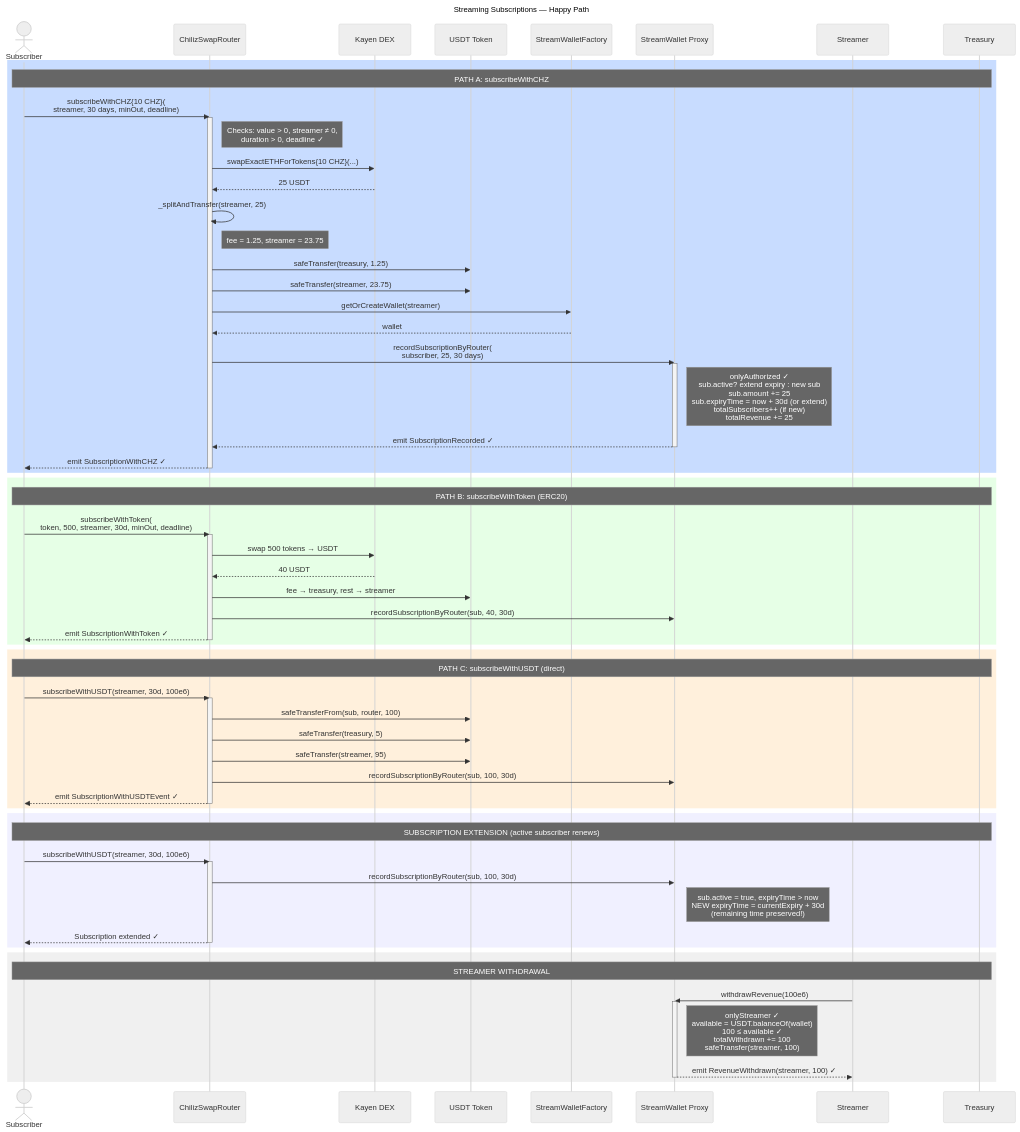
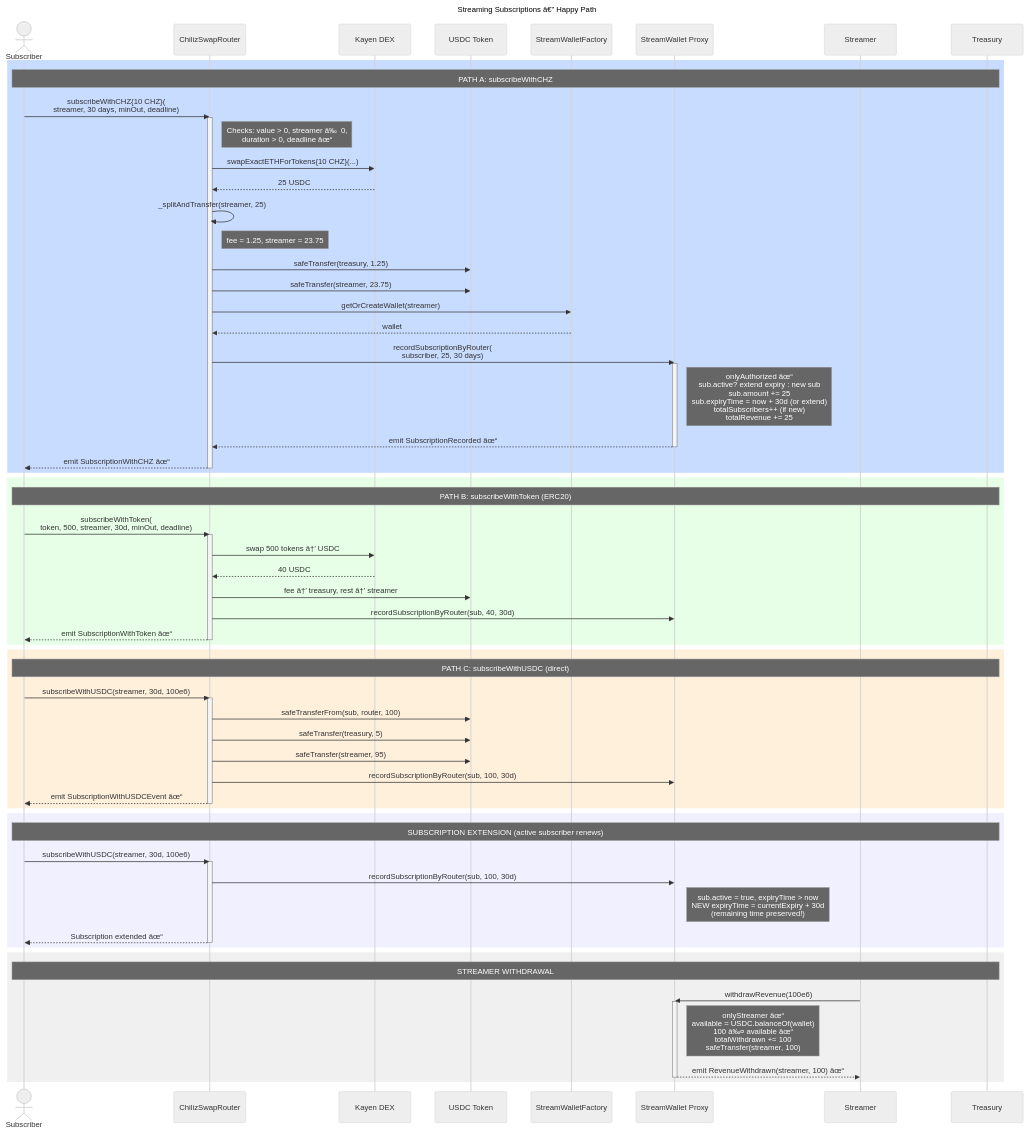
One commit to ChilizTV/smart-contracts changed the sixth of 8 diagrams in SEQUENCE_DIAGRAMS.md. Above: the diagram before and after it, drawn with Mermaid (neutral theme). The commit also changed other lines of this file and 1 other file, not shown here.

````diff
--- a/SEQUENCE_DIAGRAMS.md
+++ b/SEQUENCE_DIAGRAMS.md
@@ -562,12 +562,12 @@
 ```mermaid
 sequenceDiagram
-    title Streaming Subscriptions — Happy Path
+    title Streaming Subscriptions â€” Happy Path
 
     actor Sub as Subscriber
     
     participant SwapRouter as ChilizSwapRouter
     participant Kayen as Kayen DEX
-    participant USDT as USDT Token
+    participant USDC as USDC Token
     participant SWFactory as StreamWalletFactory
     participant Wallet as StreamWallet Proxy
     participant Streamer as Streamer
@@ -578,27 +578,27 @@
 
         Sub->>SwapRouter: subscribeWithCHZ{10 CHZ}(<br/>  streamer, 30 days, minOut, deadline)
         activate SwapRouter
-        Note right of SwapRouter: Checks: value > 0, streamer ≠ 0,<br/>duration > 0, deadline ✓
+        Note right of SwapRouter: Checks: value > 0, streamer â‰  0,<br/>duration > 0, deadline âœ“
 
         SwapRouter->>Kayen: swapExactETHForTokens{10 CHZ}(...)
-        Kayen-->>SwapRouter: 25 USDT
+        Kayen-->>SwapRouter: 25 USDC
 
         SwapRouter->>SwapRouter: _splitAndTransfer(streamer, 25)
         Note right of SwapRouter: fee = 1.25, streamer = 23.75
 
-        SwapRouter->>USDT: safeTransfer(treasury, 1.25)
-        SwapRouter->>USDT: safeTransfer(streamer, 23.75)
+        SwapRouter->>USDC: safeTransfer(treasury, 1.25)
+        SwapRouter->>USDC: safeTransfer(streamer, 23.75)
 
         SwapRouter->>SWFactory: getOrCreateWallet(streamer)
         SWFactory-->>SwapRouter: wallet
 
         SwapRouter->>Wallet: recordSubscriptionByRouter(<br/>  subscriber, 25, 30 days)
         activate Wallet
-        Note right of Wallet: onlyAuthorized ✓<br/>sub.active? extend expiry : new sub<br/>sub.amount += 25<br/>sub.expiryTime = now + 30d (or extend)<br/>totalSubscribers++ (if new)<br/>totalRevenue += 25
-        Wallet-->>SwapRouter: emit SubscriptionRecorded ✓
+        Note right of Wallet: onlyAuthorized âœ“<br/>sub.active? extend expiry : new sub<br/>sub.amount += 25<br/>sub.expiryTime = now + 30d (or extend)<br/>totalSubscribers++ (if new)<br/>totalRevenue += 25
+        Wallet-->>SwapRouter: emit SubscriptionRecorded âœ“
         deactivate Wallet
 
-        SwapRouter-->>Sub: emit SubscriptionWithCHZ ✓
+        SwapRouter-->>Sub: emit SubscriptionWithCHZ âœ“
         deactivate SwapRouter
     end
 
@@ -607,35 +607,35 @@
 
         Sub->>SwapRouter: subscribeWithToken(<br/>  token, 500, streamer, 30d, minOut, deadline)
         activate SwapRouter
-        SwapRouter->>Kayen: swap 500 tokens → USDT
-        Kayen-->>SwapRouter: 40 USDT
-        SwapRouter->>USDT: fee → treasury, rest → streamer
+        SwapRouter->>Kayen: swap 500 tokens â†’ USDC
+        Kayen-->>SwapRouter: 40 USDC
+        SwapRouter->>USDC: fee â†’ treasury, rest â†’ streamer
         SwapRouter->>Wallet: recordSubscriptionByRouter(sub, 40, 30d)
-        SwapRouter-->>Sub: emit SubscriptionWithToken ✓
+        SwapRouter-->>Sub: emit SubscriptionWithToken âœ“
         deactivate SwapRouter
     end
 
     rect rgb(255, 240, 220)
-        Note over Sub,Treasury: PATH C: subscribeWithUSDT (direct)
+        Note over Sub,Treasury: PATH C: subscribeWithUSDC (direct)
 
-        Sub->>SwapRouter: subscribeWithUSDT(streamer, 30d, 100e6)
+        Sub->>SwapRouter: subscribeWithUSDC(streamer, 30d, 100e6)
         activate SwapRouter
-        SwapRouter->>USDT: safeTransferFrom(sub, router, 100)
-        SwapRouter->>USDT: safeTransfer(treasury, 5)
-        SwapRouter->>USDT: safeTransfer(streamer, 95)
+        SwapRouter->>USDC: safeTransferFrom(sub, router, 100)
+        SwapRouter->>USDC: safeTransfer(treasury, 5)
+        SwapRouter->>USDC: safeTransfer(streamer, 95)
         SwapRouter->>Wallet: recordSubscriptionByRouter(sub, 100, 30d)
-        SwapRouter-->>Sub: emit SubscriptionWithUSDTEvent ✓
+        SwapRouter-->>Sub: emit SubscriptionWithUSDCEvent âœ“
         deactivate SwapRouter
     end
 
     rect rgb(240, 240, 255)
         Note over Sub,Treasury: SUBSCRIPTION EXTENSION (active subscriber renews)
 
-        Sub->>SwapRouter: subscribeWithUSDT(streamer, 30d, 100e6)
+        Sub->>SwapRouter: subscribeWithUSDC(streamer, 30d, 100e6)
         activate SwapRouter
         SwapRouter->>Wallet: recordSubscriptionByRouter(sub, 100, 30d)
         Note right of Wallet: sub.active = true, expiryTime > now<br/>NEW expiryTime = currentExpiry + 30d<br/>(remaining time preserved!)
-        SwapRouter-->>Sub: Subscription extended ✓
+        SwapRouter-->>Sub: Subscription extended âœ“
         deactivate SwapRouter
     end
 
@@ -644,8 +644,8 @@
 
         Streamer->>Wallet: withdrawRevenue(100e6)
         activate Wallet
-        Note right of Wallet: onlyStreamer ✓<br/>available = USDT.balanceOf(wallet)<br/>100 ≤ available ✓<br/>totalWithdrawn += 100<br/>safeTransfer(streamer, 100)
-        Wallet-->>Streamer: emit RevenueWithdrawn(streamer, 100) ✓
+        Note right of Wallet: onlyStreamer âœ“<br/>available = USDC.balanceOf(wallet)<br/>100 â‰¤ available âœ“<br/>totalWithdrawn += 100<br/>safeTransfer(streamer, 100)
+        Wallet-->>Streamer: emit RevenueWithdrawn(streamer, 100) âœ“
         deactivate Wallet
     end
 ```
````
